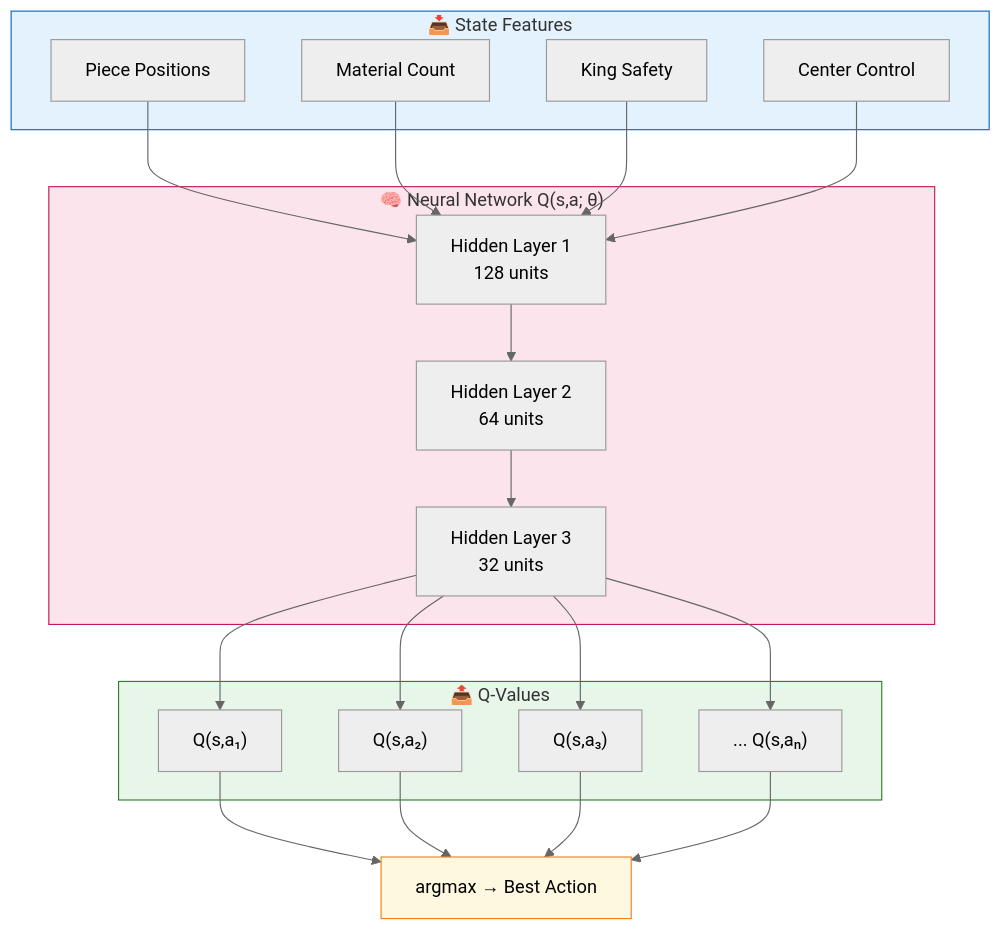
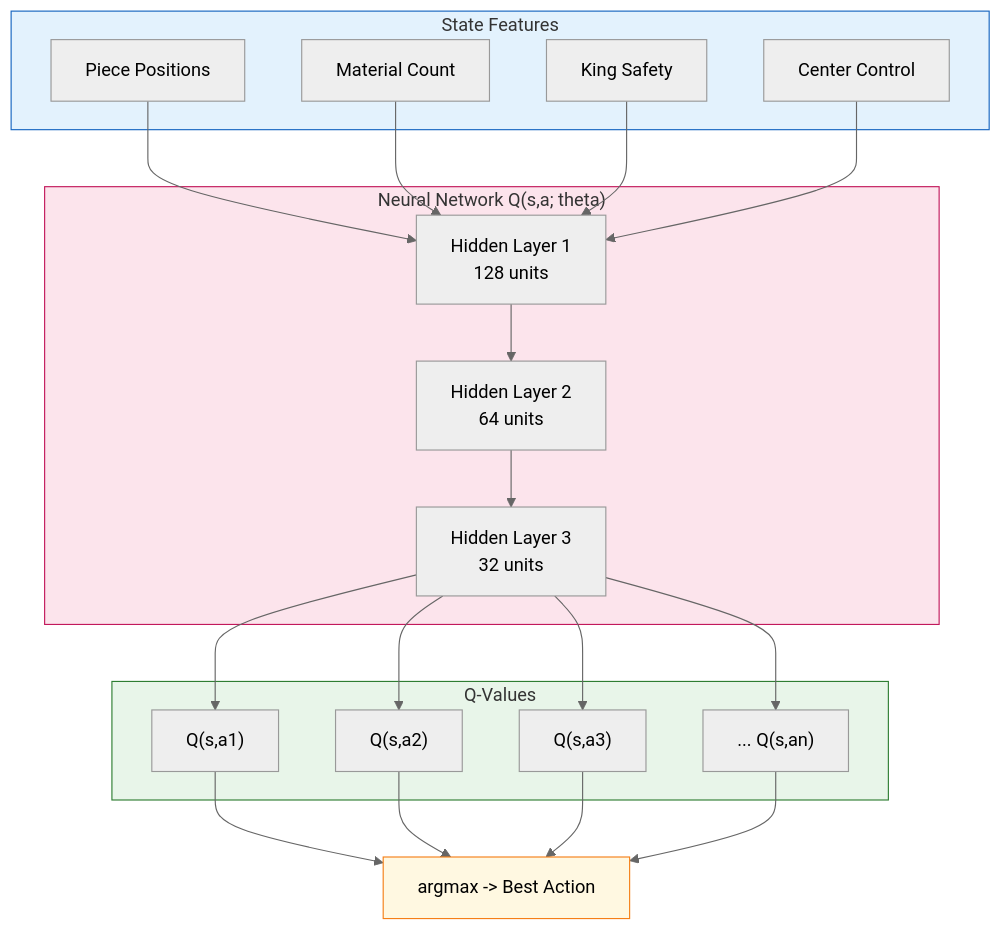
The first of 4 diagrams in 08_function_approximation/chapter_8_function_approximation.md (Abhijit1102/reinforcement_learning), drawn with Mermaid (neutral theme) before and after one commit. The commit also changed other lines of this file, not shown here.

````diff
--- a/08_function_approximation/chapter_8_function_approximation.md
+++ b/08_function_approximation/chapter_8_function_approximation.md
@@ -22,42 +22,42 @@
 ```mermaid
 flowchart TB
-    subgraph Input["📥 State Features"]
+    subgraph Input["State Features"]
         F1["Piece Positions"]
         F2["Material Count"]
         F3["King Safety"]
         F4["Center Control"]
     end
 
-    subgraph Network["🧠 Neural Network Q(s,a; θ)"]
+    subgraph Network["Neural Network Q(s,a; theta)"]
         H1["Hidden Layer 1<br/>128 units"]
         H2["Hidden Layer 2<br/>64 units"]
         H3["Hidden Layer 3<br/>32 units"]
     end
 
-    subgraph Output["📤 Q-Values"]
-        Q1["Q(s,a₁)"]
-        Q2["Q(s,a₂)"]
-        Q3["Q(s,a₃)"]
-        Qn["... Q(s,aₙ)"]
+    subgraph Output["Q-Values"]
+        Q1["Q(s,a1)"]
+        Q2["Q(s,a2)"]
+        Q3["Q(s,a3)"]
+        Qn["... Q(s,an)"]
     end
 
     F1 --> H1
     F2 --> H1
     F3 --> H1
     F4 --> H1
     H1 --> H2 --> H3
     H3 --> Q1
     H3 --> Q2
     H3 --> Q3
     H3 --> Qn
 
-    Q1 --> ArgMax["argmax → Best Action"]
+    Q1 --> ArgMax["argmax -> Best Action"]
     Q2 --> ArgMax
     Q3 --> ArgMax
     Qn --> ArgMax
 
     style Input fill:#e3f2fd,stroke:#1565c0
     style Network fill:#fce4ec,stroke:#c2185b
     style Output fill:#e8f5e9,stroke:#2e7d32
     style ArgMax fill:#fff8e1,stroke:#f57f17
 ```
````
